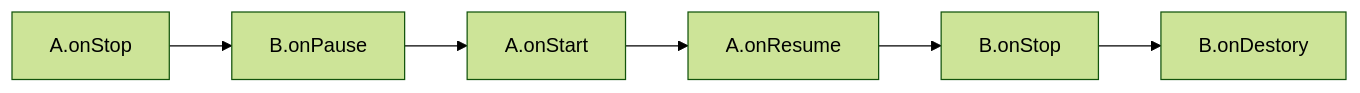
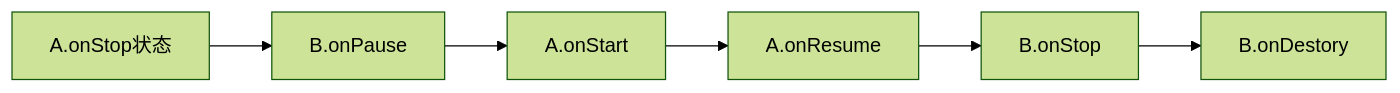
The second of 3 diagrams in typora/学习/Android/Android面试题目准备.md (hanlyjiang/hanlyjiang.github.io), drawn with Mermaid (forest theme) before and after one commit. The commit also changed 35 other files, not shown here.

````diff
--- a/typora/学习/Android/Android面试题目准备.md
+++ b/typora/学习/Android/Android面试题目准备.md
@@ -117,5 +117,5 @@
 ```mermaid
 graph LR
-A.onStop --> B.onPause --> A.onStart --> A.onResume --> B.onStop --> B.onDestory
+A.onStop状态 --> B.onPause --> A.onStart --> A.onResume --> B.onStop --> B.onDestory
 
 ```
````
